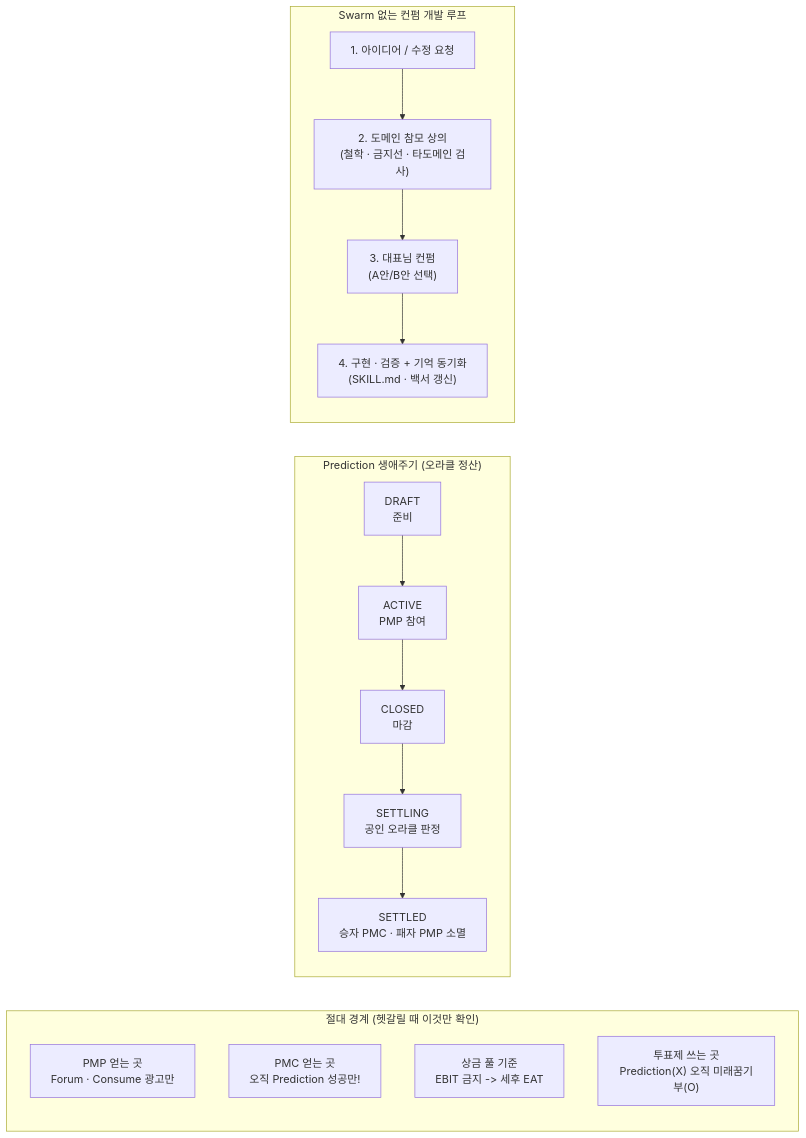
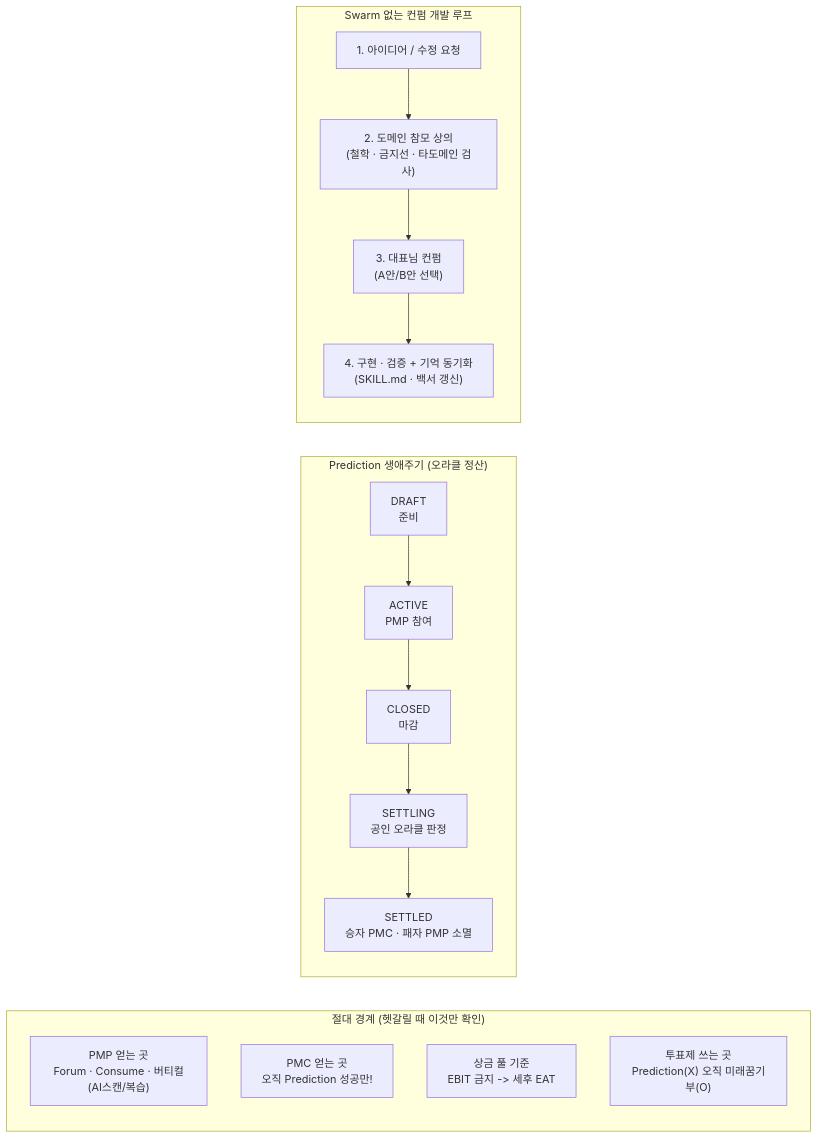
Before and after one commit to positivemultiplier/posmul: the second of 2 diagrams in docs/POSMUL_A4_ONEPAGER.md, drawn with Mermaid. The commit also changed other lines of this file and 73 other files, not shown here.

````diff
--- a/docs/POSMUL_A4_ONEPAGER.md
+++ b/docs/POSMUL_A4_ONEPAGER.md
@@ -66,22 +70,22 @@
 ```mermaid
 flowchart LR
     subgraph RULE["절대 경계 (헷갈릴 때 이것만 확인)"]
-        R1["PMP 얻는 곳\nForum · Consume 광고만"]
+        R1["PMP 얻는 곳\nForum · Consume · 버티컬(AI스캔/복습)"]
         R2["PMC 얻는 곳\n오직 Prediction 성공만!"]
         R3["상금 풀 기준\nEBIT 금지 -> 세후 EAT"]
         R4["투표제 쓰는 곳\nPrediction(X) 오직 미래꿈기부(O)"]
     end
 
     subgraph STATE["Prediction 생애주기 (오라클 정산)"]
         S1["DRAFT\n준비"] --> S2["ACTIVE\nPMP 참여"]
         S2 --> S3["CLOSED\n마감"]
         S3 --> S4["SETTLING\n공인 오라클 판정"]
         S4 --> S5["SETTLED\n승자 PMC · 패자 PMP 소멸"]
     end
 
     subgraph COUNCIL["Swarm 없는 컨펌 개발 루프"]
         C1["1. 아이디어 / 수정 요청"] --> C2["2. 도메인 참모 상의\n(철학 · 금지선 · 타도메인 검사)"]
         C2 --> C3["3. 대표님 컨펌\n(A안/B안 선택)"]
         C3 --> C4["4. 구현 · 검증 + 기억 동기화\n(SKILL.md · 백서 갱신)"]
     end
 ```
````
